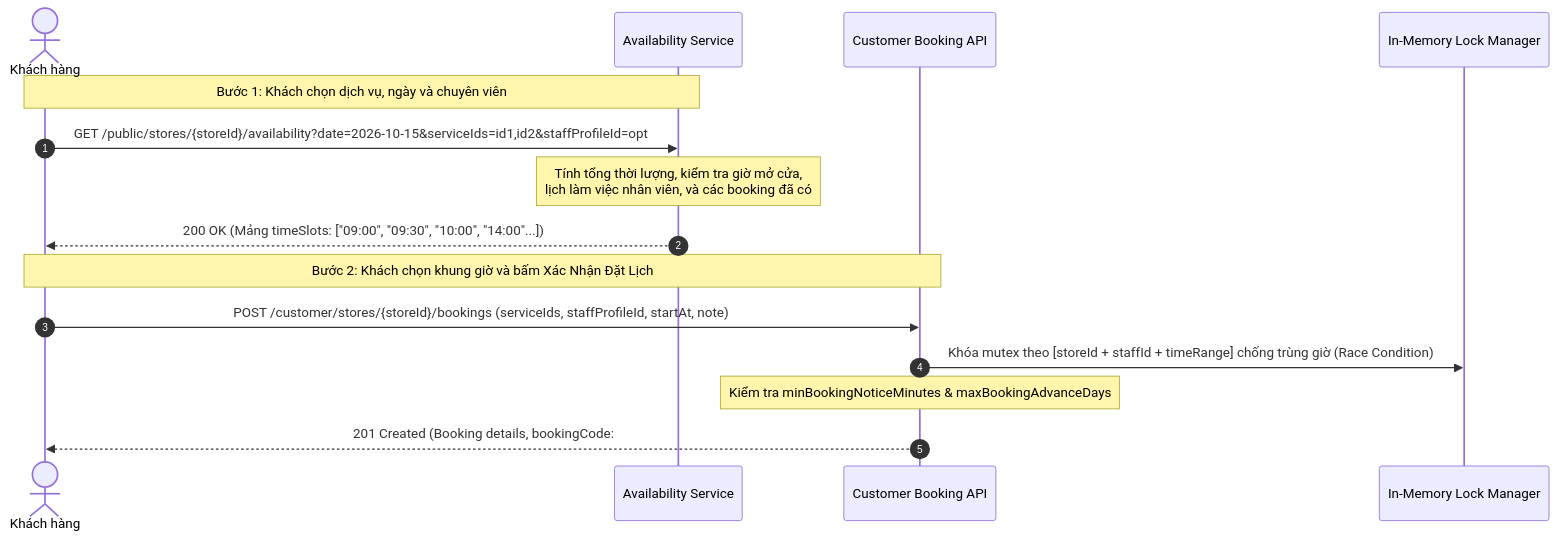
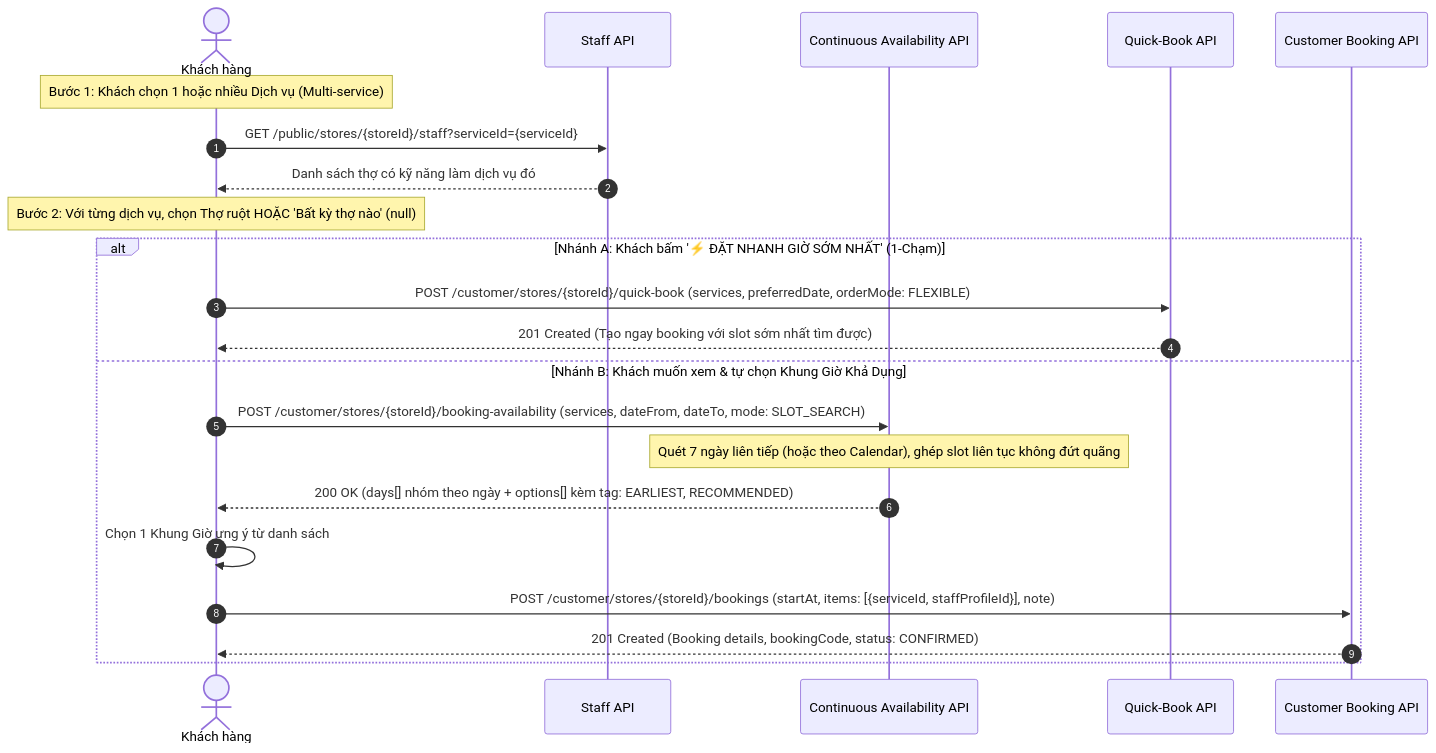
One commit to DThuyTech/spa_booking_user_app changed the third of 6 diagrams in CUSTOMER_APP_API_AND_FLOWS_optimize.md. Above: the diagram before and after it, drawn with Mermaid. The commit also changed other lines of this file and 101 other files, not shown here.

````diff
--- a/CUSTOMER_APP_API_AND_FLOWS_optimize.md
+++ b/CUSTOMER_APP_API_AND_FLOWS_optimize.md
@@ -97,19 +99,27 @@
 ```mermaid
 sequenceDiagram
     autonumber
     actor Customer as Khách hàng
-    participant Avail as Availability Service
+    participant PublicStore as Staff API
+    participant Avail as Continuous Availability API
+    participant Quick as Quick-Book API
     participant Booking as Customer Booking API
-    participant Lock as In-Memory Lock Manager
 
-    Note over Customer,Avail: Bước 1: Khách chọn dịch vụ, ngày và chuyên viên
-    Customer->>Avail: GET /public/stores/{storeId}/availability?date=2026-10-15&serviceIds=id1,id2&staffProfileId=opt
-    Note over Avail: Tính tổng thời lượng, kiểm tra giờ mở cửa,<br/>lịch làm việc nhân viên, và các booking đã có
-    Avail-->>Customer: 200 OK (Mảng timeSlots: ["09:00", "09:30", "10:00", "14:00"...])
+    Note over Customer: Bước 1: Khách chọn 1 hoặc nhiều Dịch vụ (Multi-service)
+    Customer->>PublicStore: GET /public/stores/{storeId}/staff?serviceId={serviceId}
+    PublicStore-->>Customer: Danh sách thợ có kỹ năng làm dịch vụ đó
 
-    Note over Customer,Booking: Bước 2: Khách chọn khung giờ và bấm Xác Nhận Đặt Lịch
-    Customer->>Booking: POST /customer/stores/{storeId}/bookings (serviceIds, staffProfileId, startAt, note)
-    Booking->>Lock: Khóa mutex theo [storeId + staffId + timeRange] chống trùng giờ (Race Condition)
-    Note over Booking: Kiểm tra minBookingNoticeMinutes & maxBookingAdvanceDays
-    Booking-->>Customer: 201 Created (Booking details, bookingCode: #BK-100234, status: PENDING/CONFIRMED)
+    Note over Customer: Bước 2: Với từng dịch vụ, chọn Thợ ruột HOẶC 'Bất kỳ thợ nào' (null)
+
+    alt Nhánh A: Khách bấm '⚡ ĐẶT NHANH GIỜ SỚM NHẤT' (1-Chạm)
+        Customer->>Quick: POST /customer/stores/{storeId}/quick-book (services, preferredDate, orderMode: FLEXIBLE)
+        Quick-->>Customer: 201 Created (Tạo ngay booking với slot sớm nhất tìm được)
+    else Nhánh B: Khách muốn xem & tự chọn Khung Giờ Khả Dụng
+        Customer->>Avail: POST /customer/stores/{storeId}/booking-availability (services, dateFrom, dateTo, mode: SLOT_SEARCH)
+        Note over Avail: Quét 7 ngày liên tiếp (hoặc theo Calendar), ghép slot liên tục không đứt quãng
+        Avail-->>Customer: 200 OK (days[] nhóm theo ngày + options[] kèm tag: EARLIEST, RECOMMENDED)
+        Customer->>Customer: Chọn 1 Khung Giờ ưng ý từ danh sách
+        Customer->>Booking: POST /customer/stores/{storeId}/bookings (startAt, items: [{serviceId, staffProfileId}], note)
+        Booking-->>Customer: 201 Created (Booking details, bookingCode, status: CONFIRMED)
+    end
 ```
````
